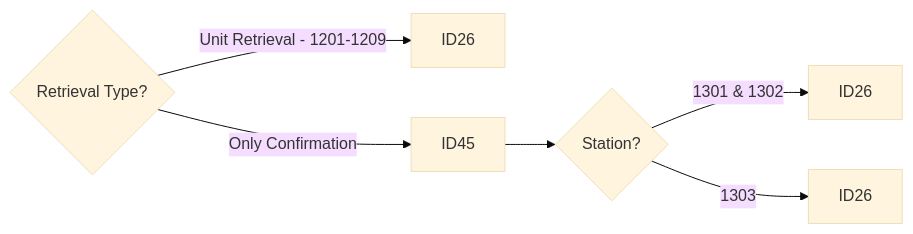
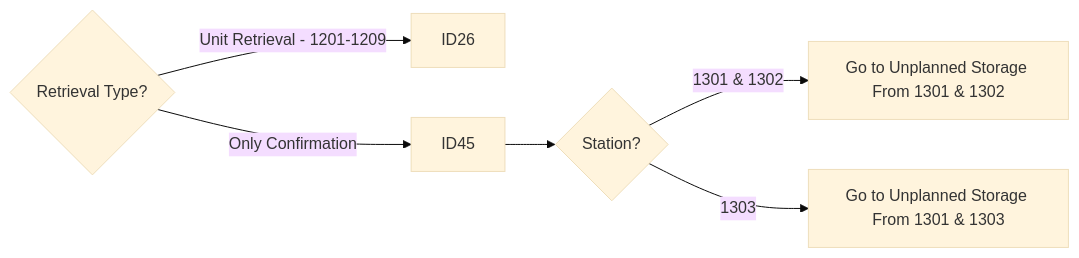
One commit to luthfiadityaa/SimeDarby-Wiki changed the fourth of 16 diagrams in Basic-Design/DFD-WMS/Retrieval/Specific-Location-Retrieval-Setting.md. Above: the diagram before and after it, drawn with Mermaid (base theme).

Commit message:
Updated Specific Location Retrieval Setting

```diff
--- a/Basic-Design/DFD-WMS/Retrieval/Specific-Location-Retrieval-Setting.md
+++ b/Basic-Design/DFD-WMS/Retrieval/Specific-Location-Retrieval-Setting.md
@@ -31,9 +31,9 @@
 ::: mermaid
 flowchart LR
 Cond2{Retrieval Type?}--> |Unit Retrieval - 1201-1209| P13[ID26]
 Cond2{Retrieval Type?}--> |Only Confirmation| P14[ID45]-->Cond3{Station?}
-Cond3{Station?}-->|1301 & 1302| P15[ID26]
-Cond3{Station?}-->|1303| P16[ID26] 
+Cond3{Station?}-->|1301 & 1302| P15[Go to Unplanned Storage From 1301 & 1302]
+Cond3{Station?}-->|1303| P16[Go to Unplanned Storage From 1301 & 1303] 
 
 click P15 "https://www.google.com" "Go to Google"
 :::
```
